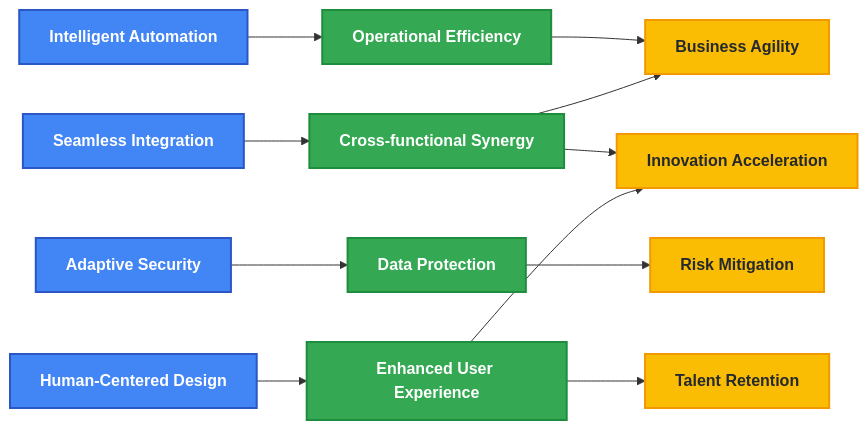
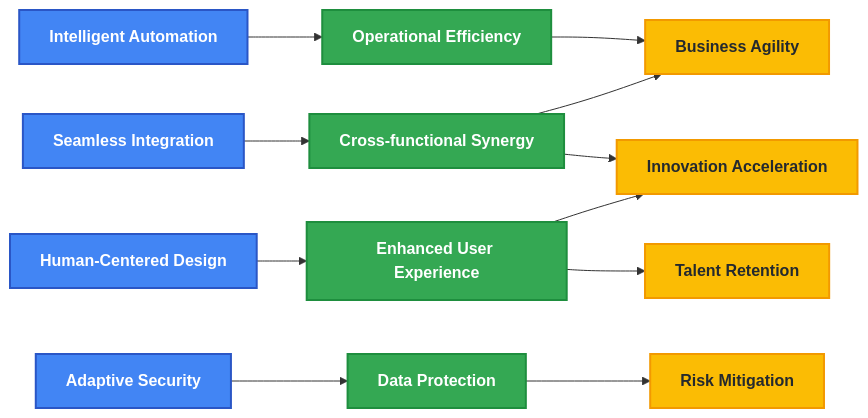
Before and after one commit to TuPhung369/Haaga_Backend_Programming: the first of 4 diagrams in TuPhung_Docs/docs/intro.md, drawn with Mermaid. The commit also changed 4 other files, not shown here.

````diff
--- a/TuPhung_Docs/docs/intro.md
+++ b/TuPhung_Docs/docs/intro.md
@@ -51,39 +51,40 @@
 ```mermaid
 graph LR
     %% Styling
     classDef vision fill:#4285F4,stroke:#2A56C6,color:white,stroke-width:2px,font-weight:bold
     classDef outcome fill:#34A853,stroke:#1E8E3E,color:white,stroke-width:2px,font-weight:bold
     classDef impact fill:#FBBC04,stroke:#F29900,color:#24292e,stroke-width:2px,font-weight:bold
 
     %% Nodes
     V1[Intelligent Automation]:::vision
     V2[Seamless Integration]:::vision
+    V4[Human-Centered Design]:::vision
     V3[Adaptive Security]:::vision
-    V4[Human-Centered Design]:::vision
+    
 
     O1[Operational Efficiency]:::outcome
     O2[Cross-functional Synergy]:::outcome
     O3[Data Protection]:::outcome
     O4[Enhanced User Experience]:::outcome
 
     I1[Business Agility]:::impact
     I2[Innovation Acceleration]:::impact
     I3[Risk Mitigation]:::impact
     I4[Talent Retention]:::impact
 
     %% Connections
     V1 --> O1
     V2 --> O2
     V3 --> O3
     V4 --> O4
 
     O1 & O2 --> I1
     O2 & O4 --> I2
     O3 --> I3
     O4 --> I4
 
     %% Apply styles
     class V1,V2,V3,V4 vision
     class O1,O2,O3,O4 outcome
     class I1,I2,I3,I4 impact
 ```
````
